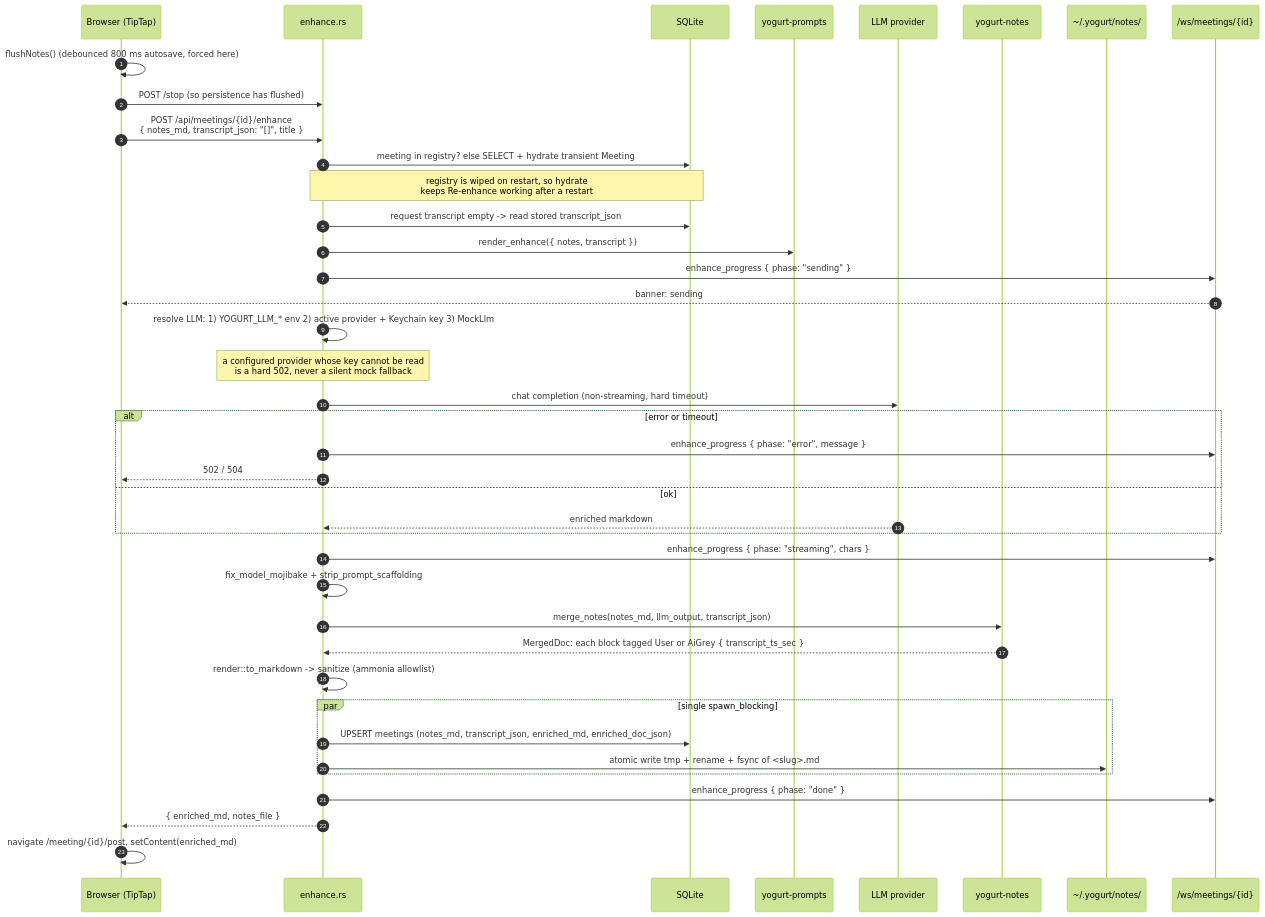
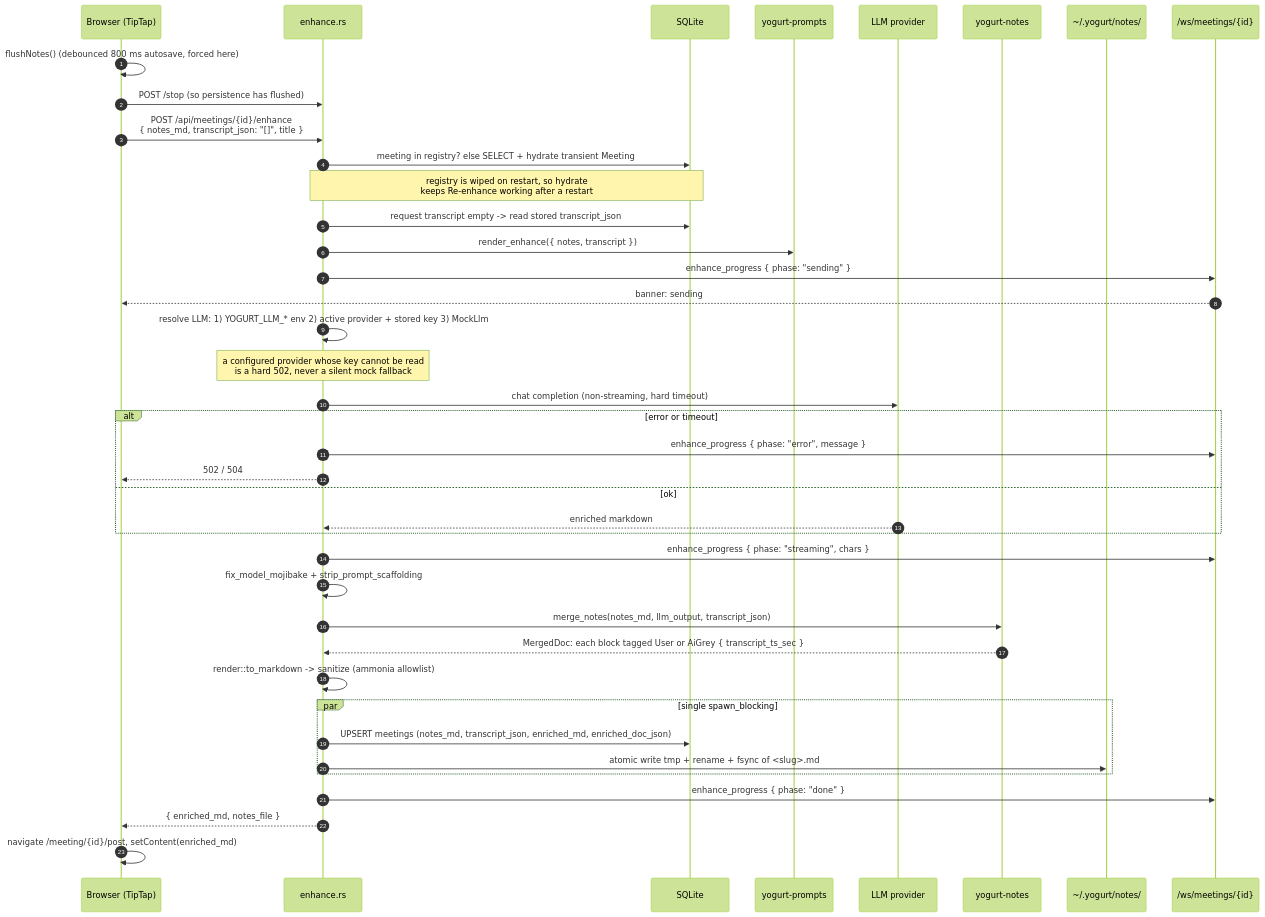
One commit to jarvisrchen/yogurt changed the fifth of 11 diagrams in docs/ARCHITECTURE.md. Above: the diagram before and after it, drawn with Mermaid (forest theme). The commit also changed other lines of this file and 43 other files, not shown here.

First line of the commit message:
feat(keys): replace macOS Keychain with ~/.yogurt/keys.json file store

````diff
--- a/docs/ARCHITECTURE.md
+++ b/docs/ARCHITECTURE.md
@@ -311,46 +308,46 @@
 ```mermaid
 sequenceDiagram
     autonumber
     participant B as Browser (TipTap)
     participant E as enhance.rs
     participant DB as SQLite
     participant PR as yogurt-prompts
     participant L as LLM provider
     participant N as yogurt-notes
     participant FS as ~/.yogurt/notes/
     participant WS as /ws/meetings/{id}
 
     B->>B: flushNotes() (debounced 800 ms autosave, forced here)
     B->>E: POST /stop  (so persistence has flushed)
     B->>E: POST /api/meetings/{id}/enhance<br/>{ notes_md, transcript_json: "[]", title }
 
     E->>DB: meeting in registry?  else SELECT + hydrate transient Meeting
     Note over E,DB: registry is wiped on restart, so hydrate<br/>keeps Re-enhance working after a restart
     E->>DB: request transcript empty -> read stored transcript_json
     E->>PR: render_enhance({ notes, transcript })
     E->>WS: enhance_progress { phase: "sending" }
     WS-->>B: banner: sending
 
-    E->>E: resolve LLM: 1) YOGURT_LLM_* env  2) active provider + Keychain key  3) MockLlm
+    E->>E: resolve LLM: 1) YOGURT_LLM_* env  2) active provider + stored key  3) MockLlm
     Note over E: a configured provider whose key cannot be read<br/>is a hard 502, never a silent mock fallback
     E->>L: chat completion (non-streaming, hard timeout)
     alt error or timeout
         E->>WS: enhance_progress { phase: "error", message }
         E-->>B: 502 / 504
     else ok
         L-->>E: enriched markdown
     end
     E->>WS: enhance_progress { phase: "streaming", chars }
 
     E->>E: fix_model_mojibake + strip_prompt_scaffolding
     E->>N: merge_notes(notes_md, llm_output, transcript_json)
     N-->>E: MergedDoc: each block tagged User or AiGrey { transcript_ts_sec }
     E->>E: render::to_markdown -> sanitize (ammonia allowlist)
     par single spawn_blocking
         E->>DB: UPSERT meetings (notes_md, transcript_json, enriched_md, enriched_doc_json)
         E->>FS: atomic write tmp + rename + fsync of <slug>.md
     end
     E->>WS: enhance_progress { phase: "done" }
     E-->>B: { enriched_md, notes_file }
     B->>B: navigate /meeting/{id}/post, setContent(enriched_md)
 ```
````
